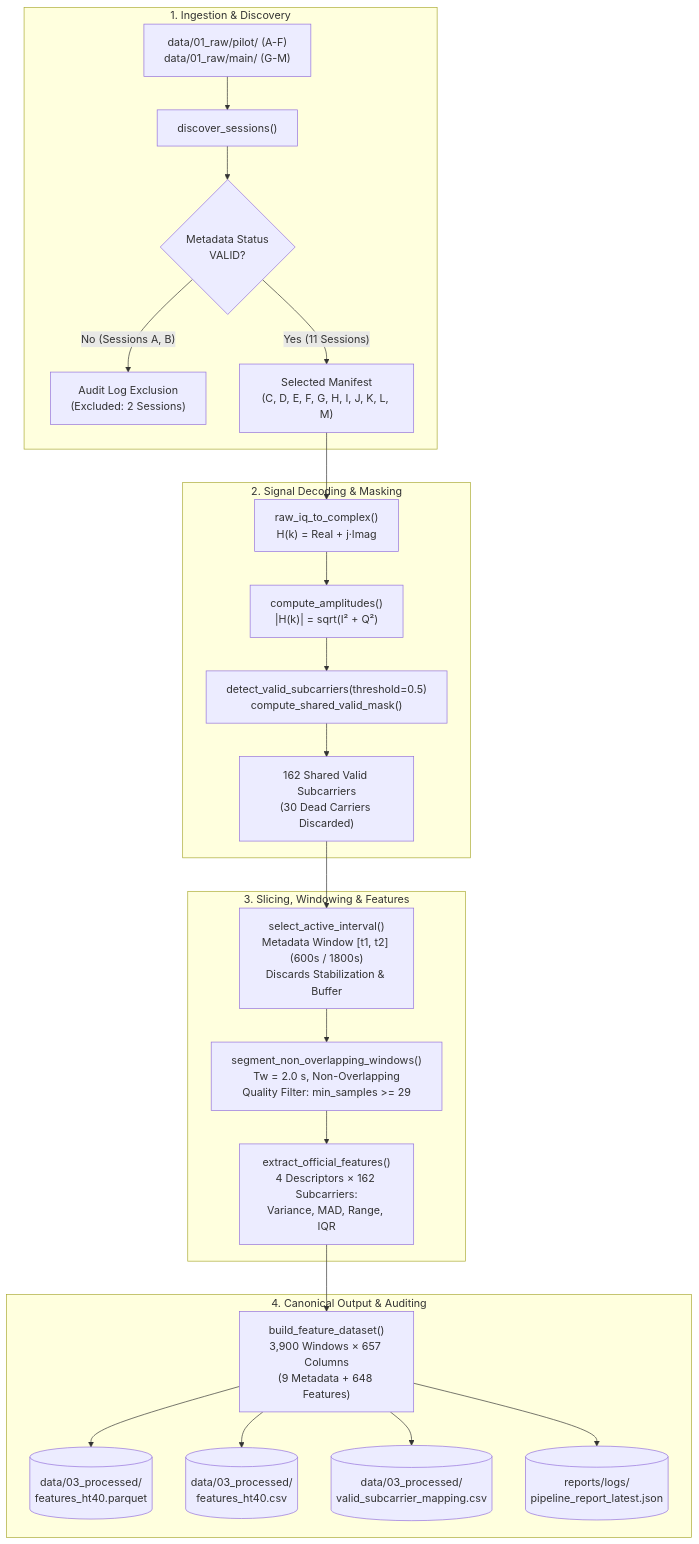
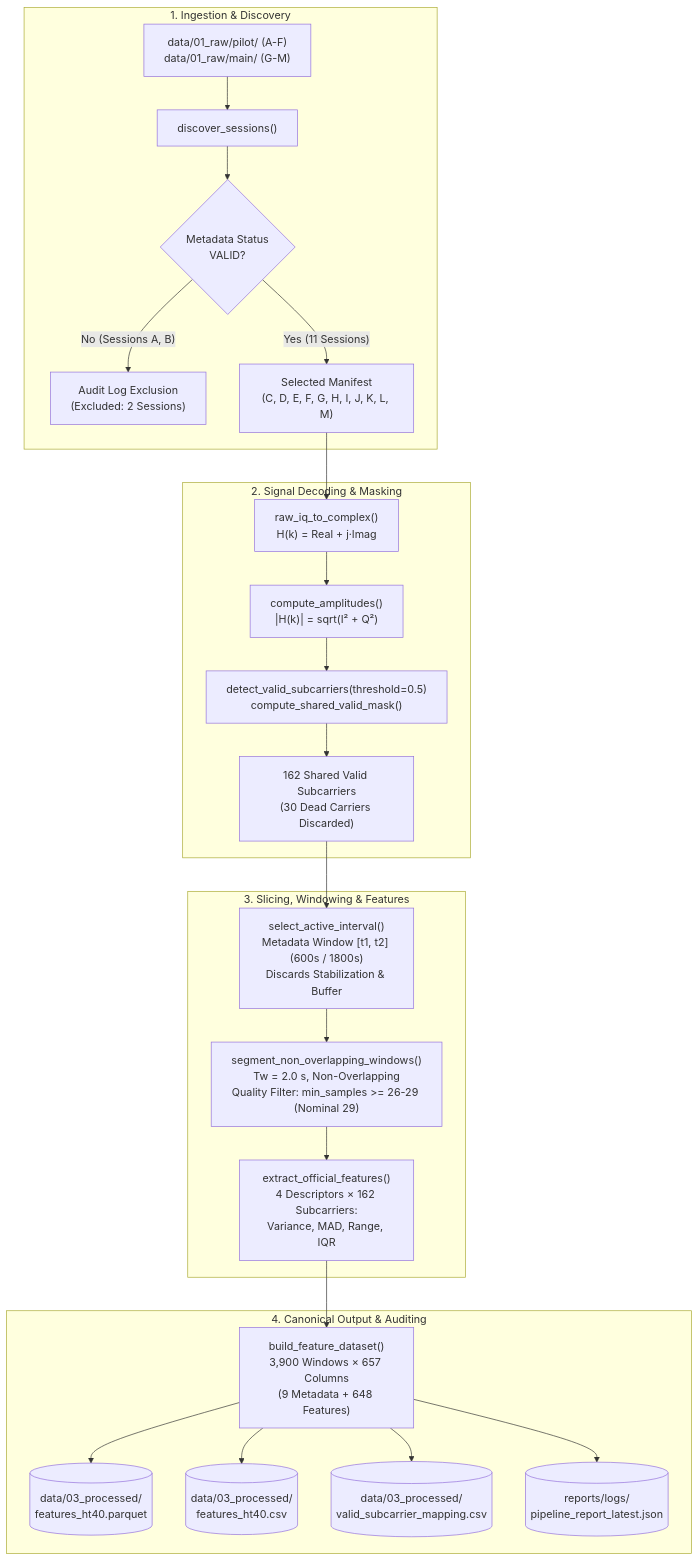
The first of 2 diagrams in docs/content/02_pipeline.md (wrlxavier/wifi-csi-presence-detection), drawn with Mermaid before and after one commit. The commit also changed other lines of this file and 2 other files, not shown here.

````diff
--- a/docs/content/02_pipeline.md
+++ b/docs/content/02_pipeline.md
@@ -19,30 +19,30 @@
 ```mermaid
 flowchart TD
     subgraph Raw_Ingestion ["1. Ingestion & Discovery"]
         R1["data/01_raw/pilot/ (A-F)<br/>data/01_raw/main/ (G-M)"] --> D["discover_sessions()"]
         D --> V{"Metadata Status<br/>VALID?"}
         V -- "No (Sessions A, B)" --> EXC["Audit Log Exclusion<br/>(Excluded: 2 Sessions)"]
         V -- "Yes (11 Sessions)" --> SEL["Selected Manifest<br/>(C, D, E, F, G, H, I, J, K, L, M)"]
     end
 
     subgraph Baseband_Processing ["2. Signal Decoding & Masking"]
         SEL --> DEC["raw_iq_to_complex()<br/>H(k) = Real + j·Imag"]
         DEC --> AMP["compute_amplitudes()<br/>|H(k)| = sqrt(I² + Q²)"]
         AMP --> MASK["detect_valid_subcarriers(threshold=0.5)<br/>compute_shared_valid_mask()"]
         MASK --> M_OUT["162 Shared Valid Subcarriers<br/>(30 Dead Carriers Discarded)"]
     end
 
     subgraph Windowing_Features ["3. Slicing, Windowing & Features"]
         M_OUT --> INT["select_active_interval()<br/>Metadata Window [t1, t2] (600s / 1800s)<br/>Discards Stabilization & Buffer"]
-        INT --> WIN["segment_non_overlapping_windows()<br/>Tw = 2.0 s, Non-Overlapping<br/>Quality Filter: min_samples >= 29"]
+        INT --> WIN["segment_non_overlapping_windows()<br/>Tw = 2.0 s, Non-Overlapping<br/>Quality Filter: min_samples >= 26-29 (Nominal 29)"]
         WIN --> FEAT["extract_official_features()<br/>4 Descriptors × 162 Subcarriers:<br/>Variance, MAD, Range, IQR"]
     end
 
     subgraph Serialization ["4. Canonical Output & Auditing"]
         FEAT --> DS["build_feature_dataset()<br/>3,900 Windows × 657 Columns<br/>(9 Metadata + 648 Features)"]
         DS --> PQT[("data/03_processed/<br/>features_ht40.parquet")]
         DS --> CSV[("data/03_processed/<br/>features_ht40.csv")]
         DS --> MAP[("data/03_processed/<br/>valid_subcarrier_mapping.csv")]
         DS --> REP[("reports/logs/<br/>pipeline_report_latest.json")]
     end
 ```
````
